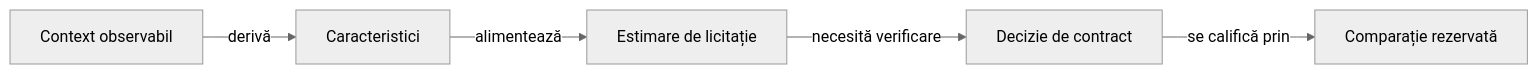
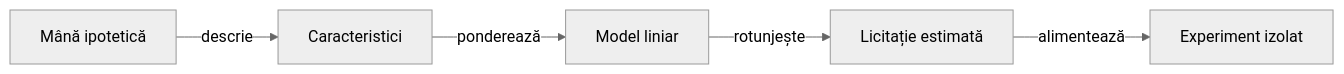
Before and after one commit to crististefanita/atf_j4: the diagram in whist-lab-app/ai-lab/experiments/round5-rejected-bid-prior/README.md, drawn with Mermaid (neutral theme). The commit also changed other lines of this file and 30 other files, not shown here.

````diff
--- a/whist-lab-app/ai-lab/experiments/round5-rejected-bid-prior/README.md
+++ b/whist-lab-app/ai-lab/experiments/round5-rejected-bid-prior/README.md
@@ -9,7 +11,7 @@
 ```mermaid
 flowchart LR
-OBS[Context observabil] -->|derivă| FEATURES[Caracteristici]
-FEATURES -->|alimentează| PRIOR[Estimare de licitație]
-PRIOR -->|necesită verificare| POLICY[Decizie de contract]
-POLICY -->|se califică prin| GATE[Comparație rezervată]
+    HAND[Mână ipotetică] -->|descrie| FEATURES[Caracteristici]
+    FEATURES -->|ponderează| MODEL[Model liniar]
+    MODEL -->|rotunjește| BID[Licitație estimată]
+    BID -->|alimentează| EXP[Experiment izolat]
 ```
````
